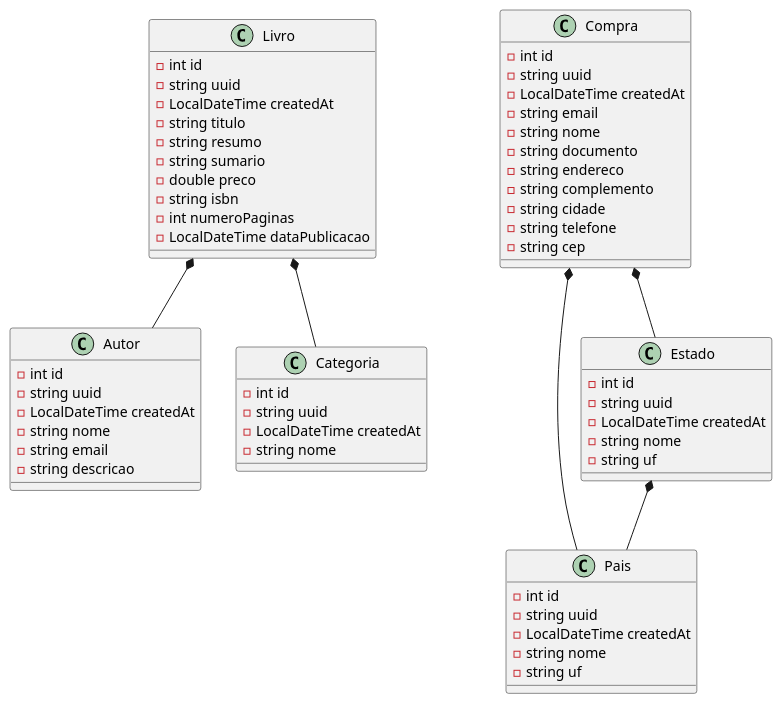
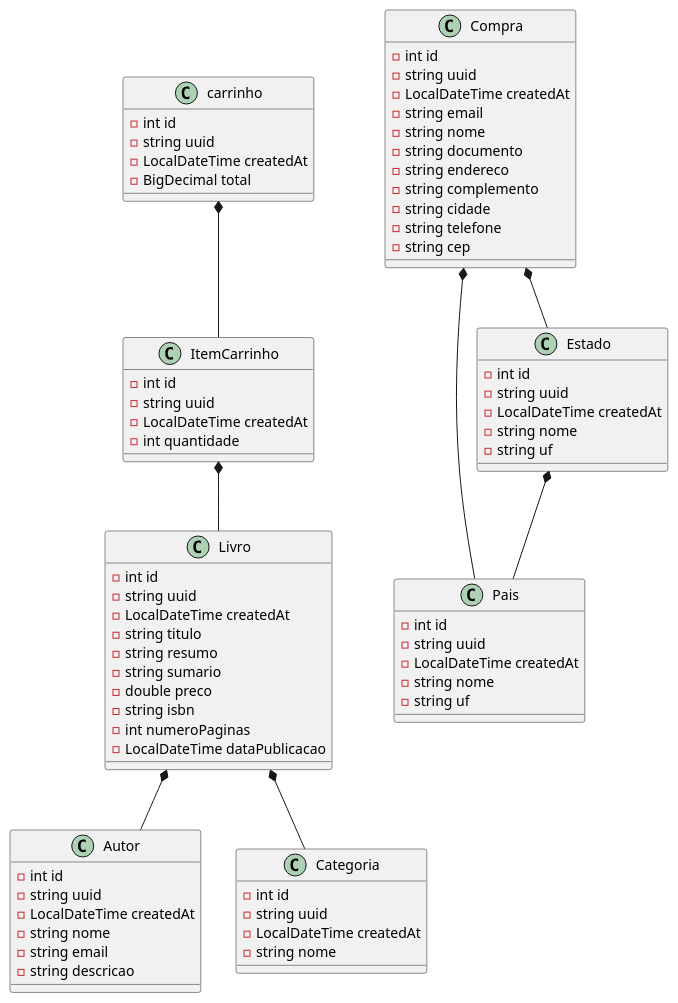
The diagram in arquitetura/autor.plantuml (fabriciosouza21/seed-desafio-cdc), drawn with PlantUML before and after one commit. The commit also changed 13 other files, not shown here.

```diff
--- a/arquitetura/autor.plantuml
+++ b/arquitetura/autor.plantuml
@@ -1,73 +1,91 @@
 @startuml
 
 class Autor {
 	-int id
 	-string uuid
 	-LocalDateTime createdAt
 	-string nome
 	-string email
 	-string descricao
 }
 
 class Categoria {
 	-int id
 	-string uuid
 	-LocalDateTime createdAt
 	-string nome
 }
 
 class Livro {
 	-int id
 	-string uuid
 	-LocalDateTime createdAt
 	-string titulo
 	-string resumo
 	-string sumario
 	-double preco
 	-string isbn
 	-int numeroPaginas
 	-LocalDateTime dataPublicacao
 }
 
 Livro *-- Categoria
 Livro *-- Autor
 
 class Pais {
 	-int id
 	-string uuid
 	-LocalDateTime createdAt
 	-string nome
 	-string uf
 }
 
 class Estado {
 	-int id
 	-string uuid
 	-LocalDateTime createdAt
 	-string nome
 	-string uf
 }
 
 Estado *-- Pais
 
 class Compra {
 	-int id
 	-string uuid
 	-LocalDateTime createdAt
 	-string email
 	-string nome
 	-string documento
 	-string endereco
 	-string complemento
 	-string cidade
 	-string telefone
 	-string cep
 }
 
 Compra *-- Pais
 Compra *-- Estado
 
+class carrinho {
+	-int id
+	-string uuid
+	-LocalDateTime createdAt
+	-BigDecimal total
+}
+
+class ItemCarrinho {
+	-int id
+	-string uuid
+	-LocalDateTime createdAt
+	-int quantidade
+}
+
+carrinho *-- ItemCarrinho
+
+ItemCarrinho *-- Livro
+
 
 
 
 @enduml
```
